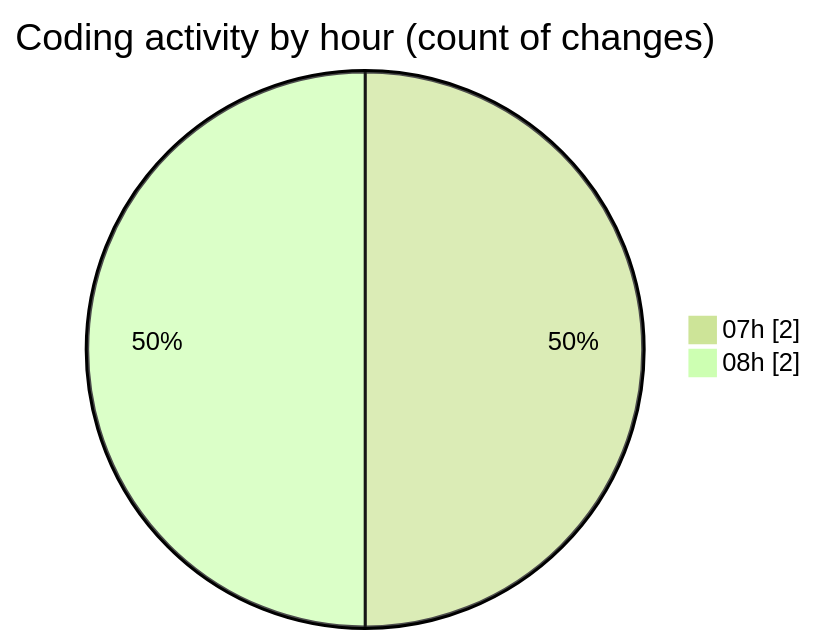
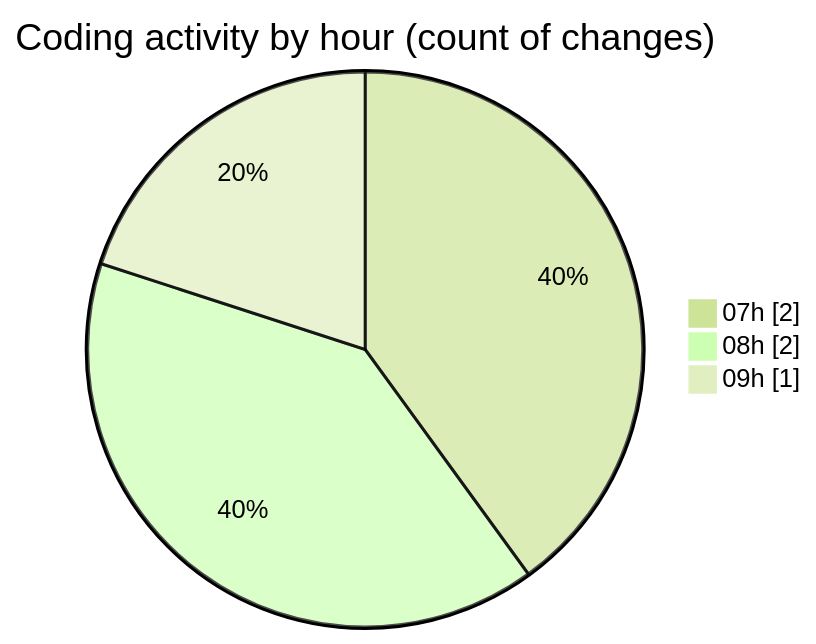
Before and after one commit to LanceThiago/code-tracking: the second of 2 diagrams in 2025-07-01/web/README.md, drawn with Mermaid (forest theme). The commit also changed other lines of this file and 1 other file, not shown here.

````diff
--- a/2025-07-01/web/README.md
+++ b/2025-07-01/web/README.md
@@ -29,6 +29,7 @@
 ```mermaid
 pie showData
 title Coding activity by hour (count of changes)
 "07h" : 2
 "08h" : 2
+"09h" : 1
 ```
````
